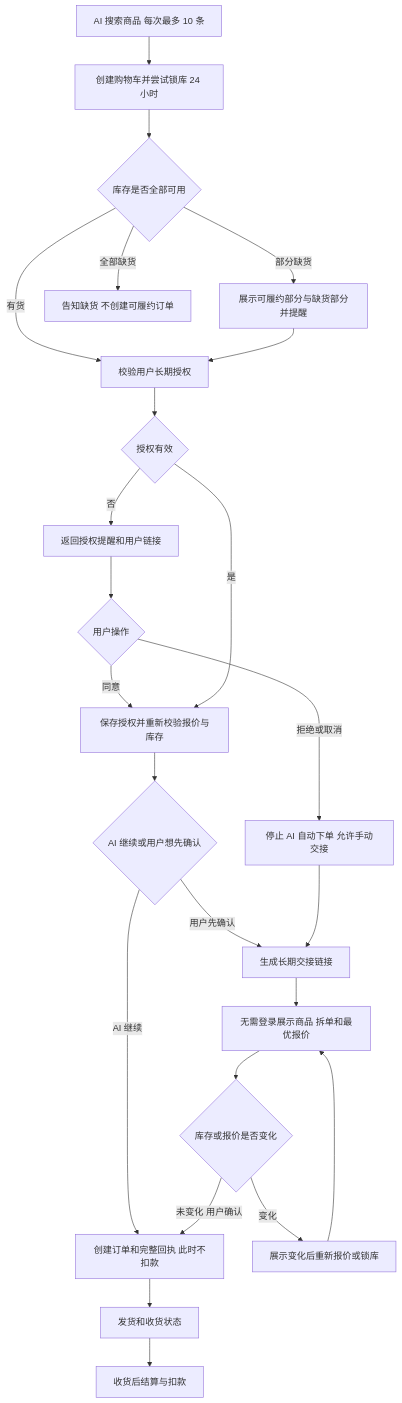
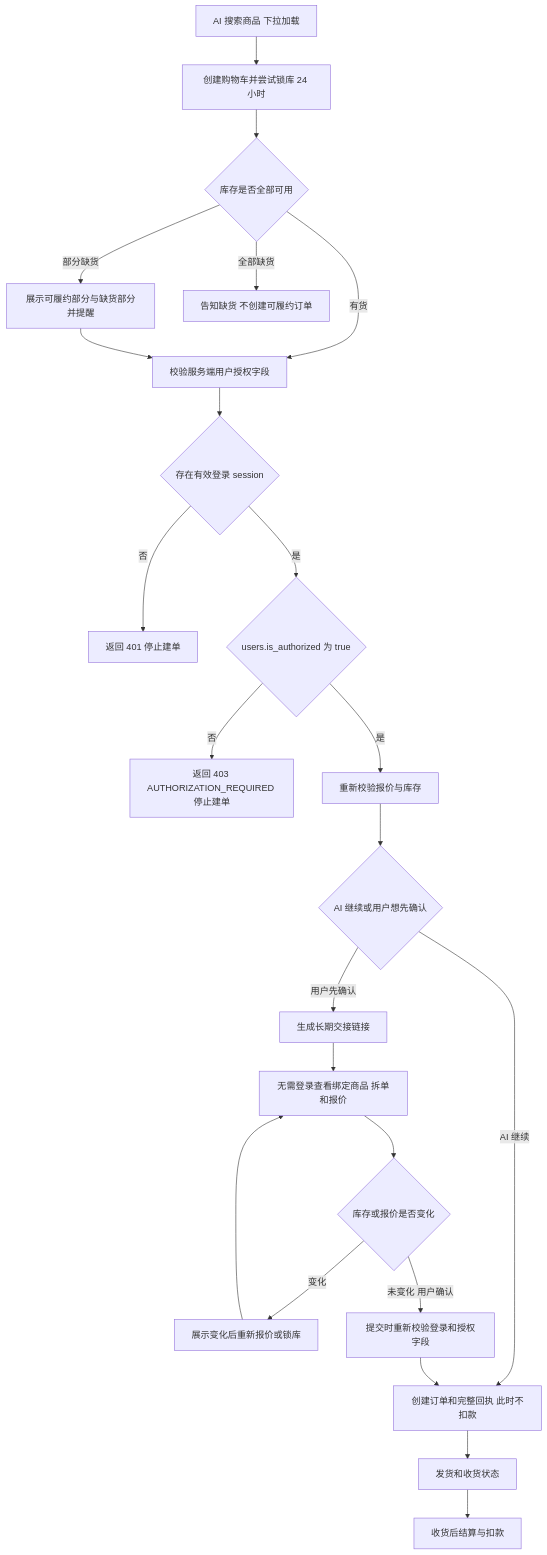
Before and after one commit to sunqun/ai-shop-assistant: the second of 3 diagrams in docs/v0.1.0/frontend-technical-design.md, drawn with Mermaid. The commit also changed other lines of this file and 53 other files, not shown here.

````diff
--- a/docs/v0.1.0/frontend-technical-design.md
+++ b/docs/v0.1.0/frontend-technical-design.md
@@ -336,26 +316,25 @@
 ```mermaid
 flowchart TD
-  A[AI 搜索商品 每次最多 10 条] --> B[创建购物车并尝试锁库 24 小时]
+  A[AI 搜索商品 下拉加载] --> B[创建购物车并尝试锁库 24 小时]
   B --> C{库存是否全部可用}
   C -->|部分缺货| D[展示可履约部分与缺货部分并提醒]
-  C -->|有货| E[校验用户长期授权]
+  C -->|有货| E[校验服务端用户授权字段]
   C -->|全部缺货| Z[告知缺货 不创建可履约订单]
   D --> E
-  E --> F{授权有效}
-  F -->|否| G[返回授权提醒和用户链接]
-  G --> H{用户操作}
-  H -->|同意| I[保存授权并重新校验报价与库存]
-  H -->|拒绝或取消| J[停止 AI 自动下单 允许手动交接]
-  F -->|是| I
-  I --> K{AI 继续或用户想先确认}
+  E --> F{存在有效登录 session}
+  F -->|否| G[返回 401 停止建单]
+  F -->|是| H{users.is_authorized 为 true}
+  H -->|否| I[返回 403 AUTHORIZATION_REQUIRED 停止建单]
+  H -->|是| J[重新校验报价与库存]
+  J --> K{AI 继续或用户想先确认}
   K -->|AI 继续| L[创建订单和完整回执 此时不扣款]
   K -->|用户先确认| M[生成长期交接链接]
-  J --> M
-  M --> N[无需登录展示商品 拆单和最优报价]
+  M --> N[无需登录查看绑定商品 拆单和报价]
   N --> O{库存或报价是否变化}
   O -->|变化| P[展示变化后重新报价或锁库]
   P --> N
-  O -->|未变化 用户确认| L
-  L --> Q[发货和收货状态]
-  Q --> R[收货后结算与扣款]
+  O -->|未变化 用户确认| Q[提交时重新校验登录和授权字段]
+  Q --> L
+  L --> R[发货和收货状态]
+  R --> S[收货后结算与扣款]
 ```
````
